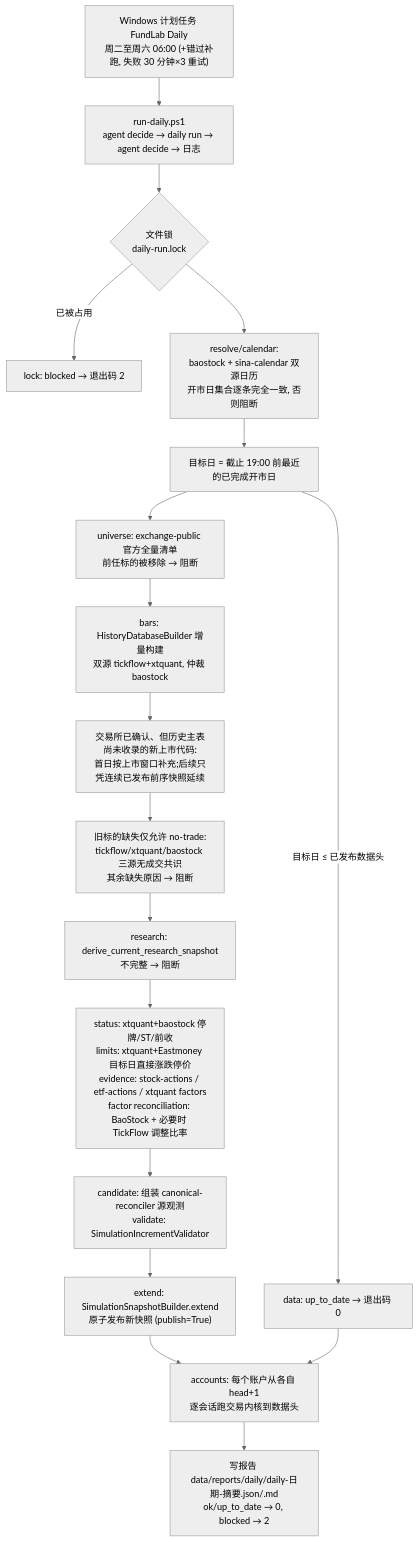
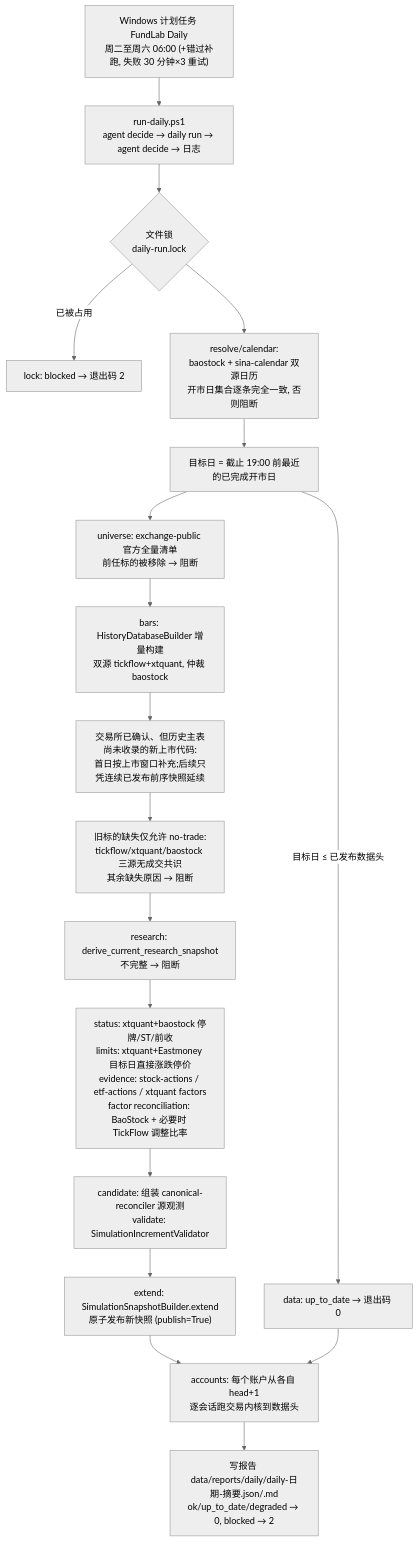
Before and after one commit to zhan7653/miniQMT: the diagram in docs/architecture/03-pipeline-ops.md, drawn with Mermaid (neutral theme). The commit also changed other lines of this file and 10 other files, not shown here.

Commit message:
Allow bounded degraded daily runs

````diff
--- a/docs/architecture/03-pipeline-ops.md
+++ b/docs/architecture/03-pipeline-ops.md
@@ -34,20 +35,20 @@
 ```mermaid
 flowchart TD
     T["Windows 计划任务 FundLab Daily<br/>周二至周六 06:00 (+错过补跑, 失败 30 分钟×3 重试)"] --> R["run-daily.ps1<br/>agent decide → daily run → agent decide → 日志"]
     R --> L{"文件锁<br/>daily-run.lock"}
     L -- 已被占用 --> B0["lock: blocked → 退出码 2"]
     L --> CAL["resolve/calendar:<br/>baostock + sina-calendar 双源日历<br/>开市日集合逐条完全一致, 否则阻断"]
     CAL --> TGT["目标日 = 截止 19:00 前最近的已完成开市日"]
     TGT -- "目标日 ≤ 已发布数据头" --> UTD["data: up_to_date → 退出码 0"]
     TGT --> U["universe: exchange-public 官方全量清单<br/>前任标的被移除 → 阻断"]
     U --> H["bars: HistoryDatabaseBuilder 增量构建<br/>双源 tickflow+xtquant, 仲裁 baostock"]
     H --> NEW["交易所已确认、但历史主表尚未收录的新上市代码:<br/>首日按上市窗口补充;后续只凭连续已发布前序快照延续"]
     NEW --> NT["旧标的缺失仅允许 no-trade:<br/>tickflow/xtquant/baostock 三源无成交共识<br/>其余缺失原因 → 阻断"]
     NT --> RS["research: derive_current_research_snapshot<br/>不完整 → 阻断"]
     RS --> SE["status: xtquant+baostock 停牌/ST/前收<br/>limits: xtquant+Eastmoney 目标日直接涨跌停价<br/>evidence: stock-actions / etf-actions / xtquant factors<br/>factor reconciliation: BaoStock + 必要时 TickFlow 调整比率"]
     SE --> CV["candidate: 组装 canonical-reconciler 源观测<br/>validate: SimulationIncrementValidator"]
     CV --> EX["extend: SimulationSnapshotBuilder.extend<br/>原子发布新快照 (publish=True)"]
     EX --> AC["accounts: 每个账户从各自 head+1<br/>逐会话跑交易内核到数据头"]
     UTD --> AC
-    AC --> RP["写报告 data/reports/daily/daily-日期-摘要.json/.md<br/>ok/up_to_date → 0, blocked → 2"]
+    AC --> RP["写报告 data/reports/daily/daily-日期-摘要.json/.md<br/>ok/up_to_date/degraded → 0, blocked → 2"]
 ```
````
